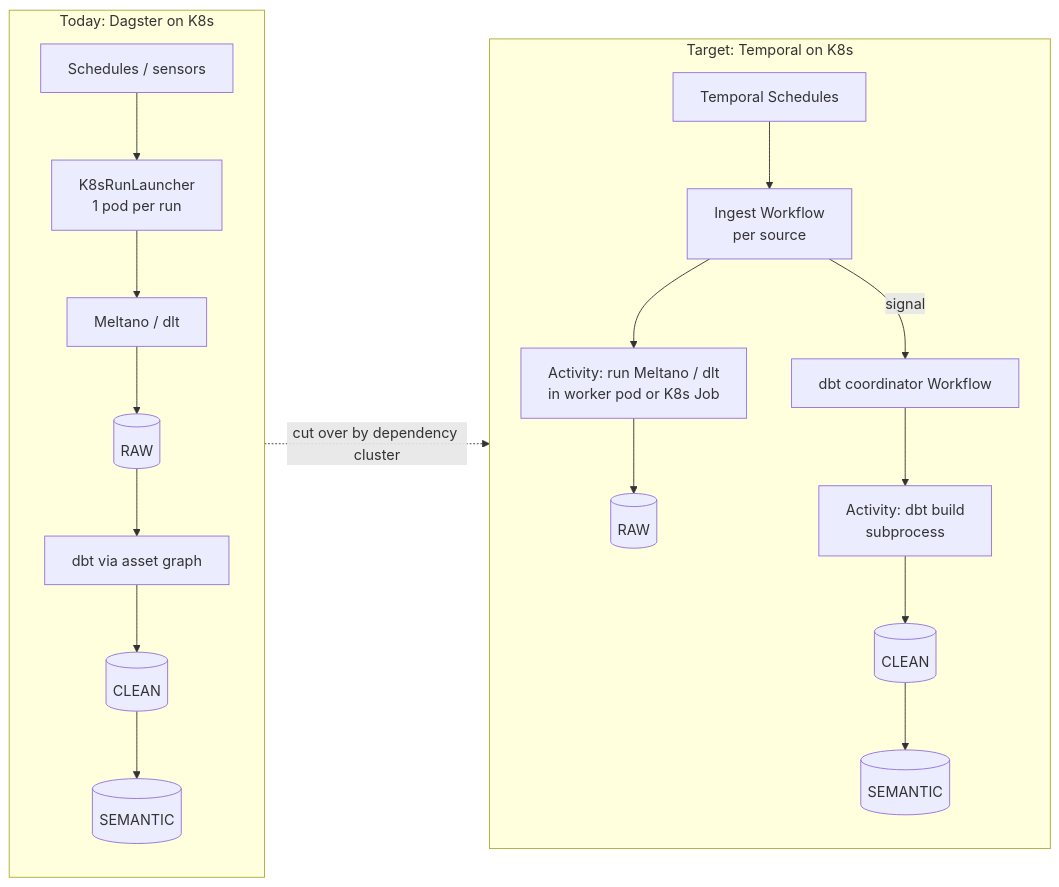
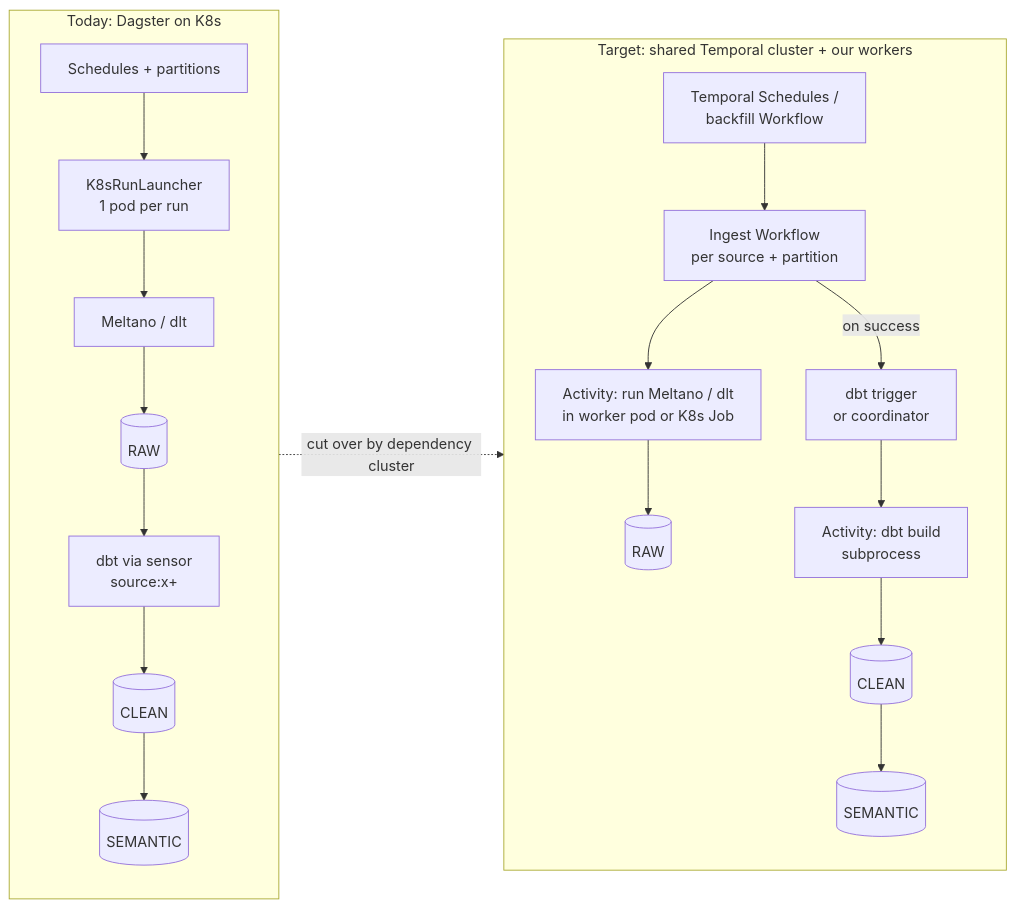
The diagram in migration/README.md (infroid/temporal-vs-dagster), drawn with Mermaid before and after one commit. The commit also changed other lines of this file and 6 other files, not shown here.

````diff
--- a/migration/README.md
+++ b/migration/README.md
@@ -23,19 +24,19 @@
 ```mermaid
 flowchart LR
   subgraph Today["Today: Dagster on K8s"]
-    DS[Schedules / sensors] --> DR[K8sRunLauncher<br/>1 pod per run]
+    DS[Schedules + partitions] --> DR[K8sRunLauncher<br/>1 pod per run]
     DR --> ELT1[Meltano / dlt]
     ELT1 --> RAW1[(RAW)]
-    RAW1 --> DBT1[dbt via asset graph]
+    RAW1 --> DBT1[dbt via sensor<br/>source:x+]
     DBT1 --> CLEAN1[(CLEAN)] --> SEM1[(SEMANTIC)]
   end
-  subgraph Target["Target: Temporal on K8s"]
-    TS[Temporal Schedules] --> WF[Ingest Workflow<br/>per source]
+  subgraph Target["Target: shared Temporal cluster + our workers"]
+    TS[Temporal Schedules /<br/>backfill Workflow] --> WF[Ingest Workflow<br/>per source + partition]
     WF --> ACT[Activity: run Meltano / dlt<br/>in worker pod or K8s Job]
     ACT --> RAW2[(RAW)]
-    WF -->|signal| DC[dbt coordinator Workflow]
+    WF -->|on success| DC[dbt trigger<br/>or coordinator]
     DC --> DBT2[Activity: dbt build<br/>subprocess]
     DBT2 --> CLEAN2[(CLEAN)] --> SEM2[(SEMANTIC)]
   end
   Today -. cut over by dependency cluster .-> Target
 ```
````
